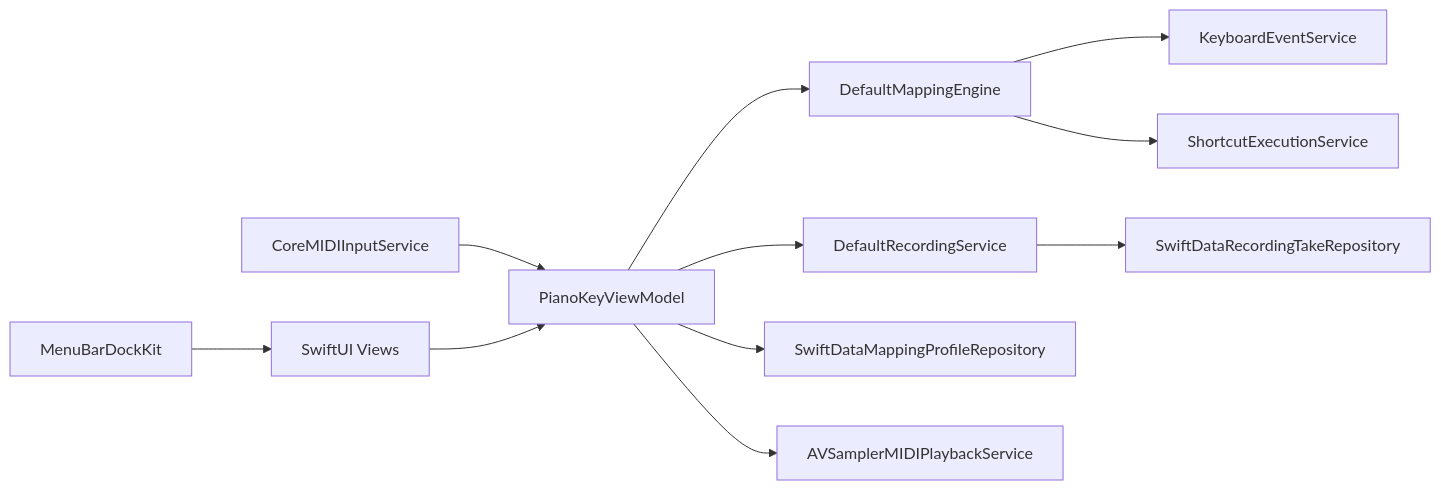
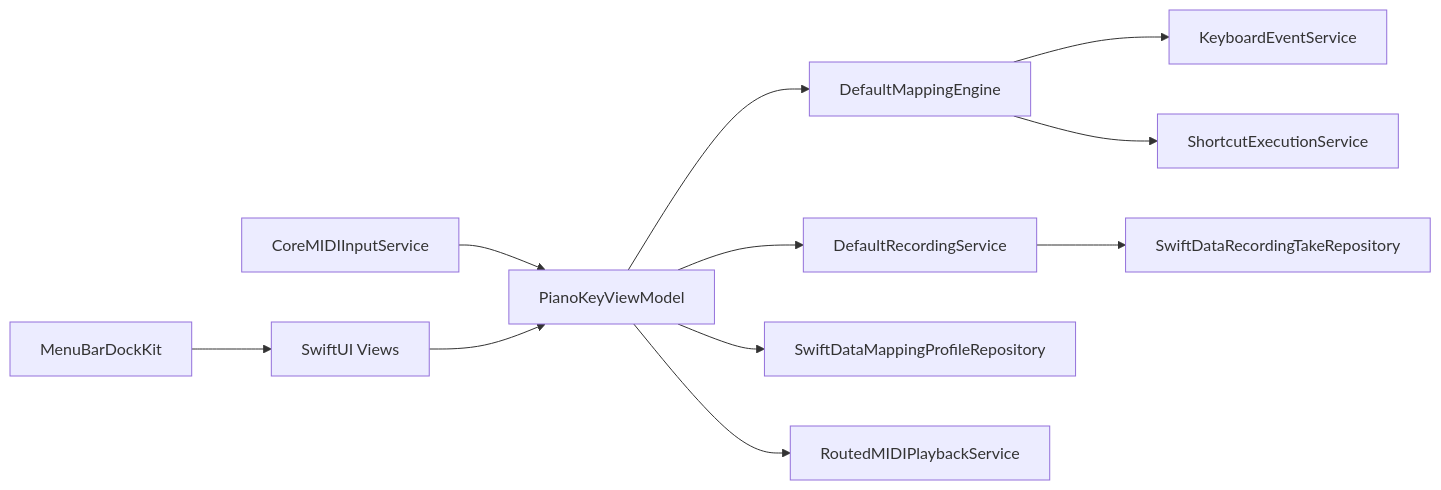
One commit to chiimagnus/HappyPianist changed the diagram in .github/deepwiki/architecture.md. Above: the diagram before and after it, drawn with Mermaid. The commit also changed other lines of this file and 5 other files, not shown here.

Commit message:
docs: 更新回放服务为 RoutedMIDIPlaybackService，支持本机和外设 MIDI 输出

````diff
--- a/.github/deepwiki/architecture.md
+++ b/.github/deepwiki/architecture.md
@@ -48,13 +48,13 @@
 ```mermaid
 flowchart LR
   A[CoreMIDIInputService] --> B[PianoKeyViewModel]
   B --> C[DefaultMappingEngine]
   C --> D[KeyboardEventService]
   C --> E[ShortcutExecutionService]
   B --> F[DefaultRecordingService]
   F --> G[SwiftDataRecordingTakeRepository]
   B --> H[SwiftDataMappingProfileRepository]
-  B --> I[AVSamplerMIDIPlaybackService]
+  B --> I[RoutedMIDIPlaybackService]
   J[SwiftUI Views] --> B
   K[MenuBarDockKit] --> J
 ```
````
